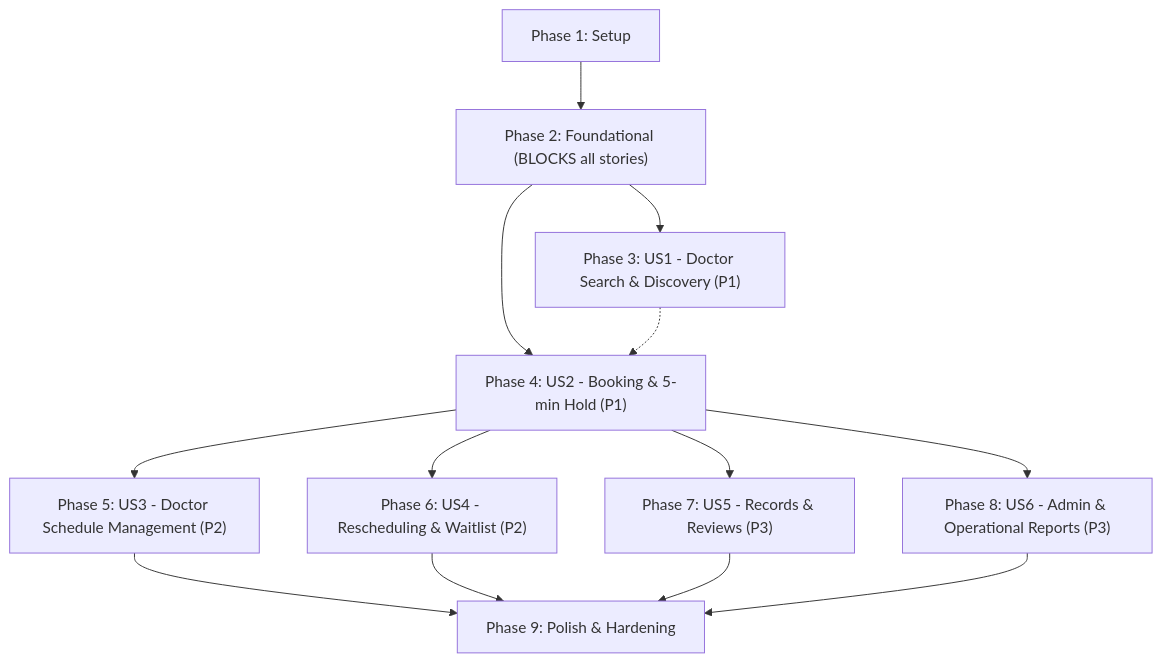
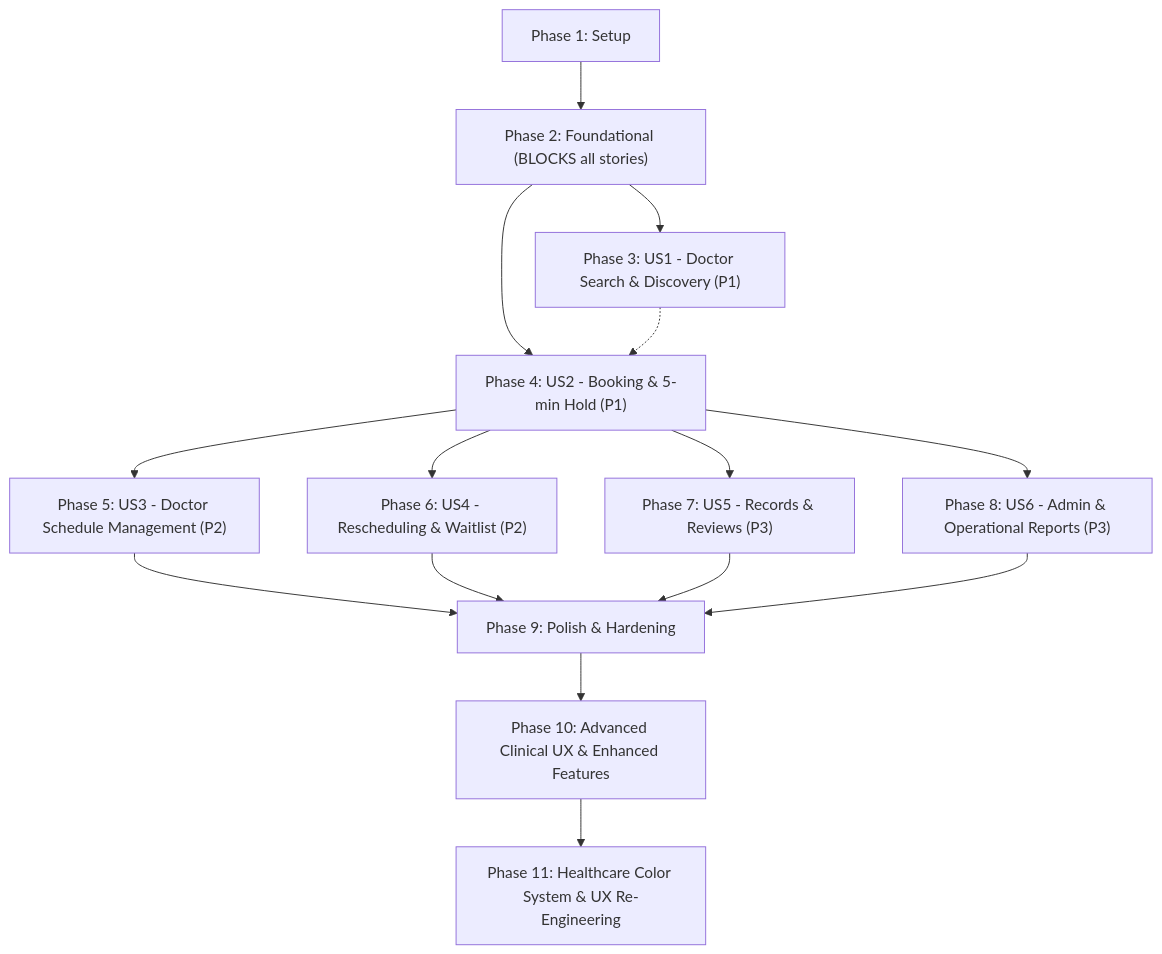
One commit to SudarsanNeeraj/Specdriven_using_specit changed the diagram in specs/001-doctor-appointment-booking/tasks.md. Above: the diagram before and after it, drawn with Mermaid. The commit also changed other lines of this file and 26 other files, not shown here.

````diff
--- a/specs/001-doctor-appointment-booking/tasks.md
+++ b/specs/001-doctor-appointment-booking/tasks.md
@@ -173,15 +206,17 @@
 ```mermaid
 flowchart TD
     Phase1["Phase 1: Setup"] --> Phase2["Phase 2: Foundational (BLOCKS all stories)"]
     Phase2 --> Phase3["Phase 3: US1 - Doctor Search & Discovery (P1)"]
     Phase2 --> Phase4["Phase 4: US2 - Booking & 5-min Hold (P1)"]
     Phase3 -.-> Phase4
     Phase4 --> Phase5["Phase 5: US3 - Doctor Schedule Management (P2)"]
     Phase4 --> Phase6["Phase 6: US4 - Rescheduling & Waitlist (P2)"]
     Phase4 --> Phase7["Phase 7: US5 - Records & Reviews (P3)"]
     Phase4 --> Phase8["Phase 8: US6 - Admin & Operational Reports (P3)"]
     Phase5 --> Phase9["Phase 9: Polish & Hardening"]
     Phase6 --> Phase9
     Phase7 --> Phase9
     Phase8 --> Phase9
+    Phase9 --> Phase10["Phase 10: Advanced Clinical UX & Enhanced Features"]
+    Phase10 --> Phase11["Phase 11: Healthcare Color System & UX Re-Engineering"]
 ```
````
